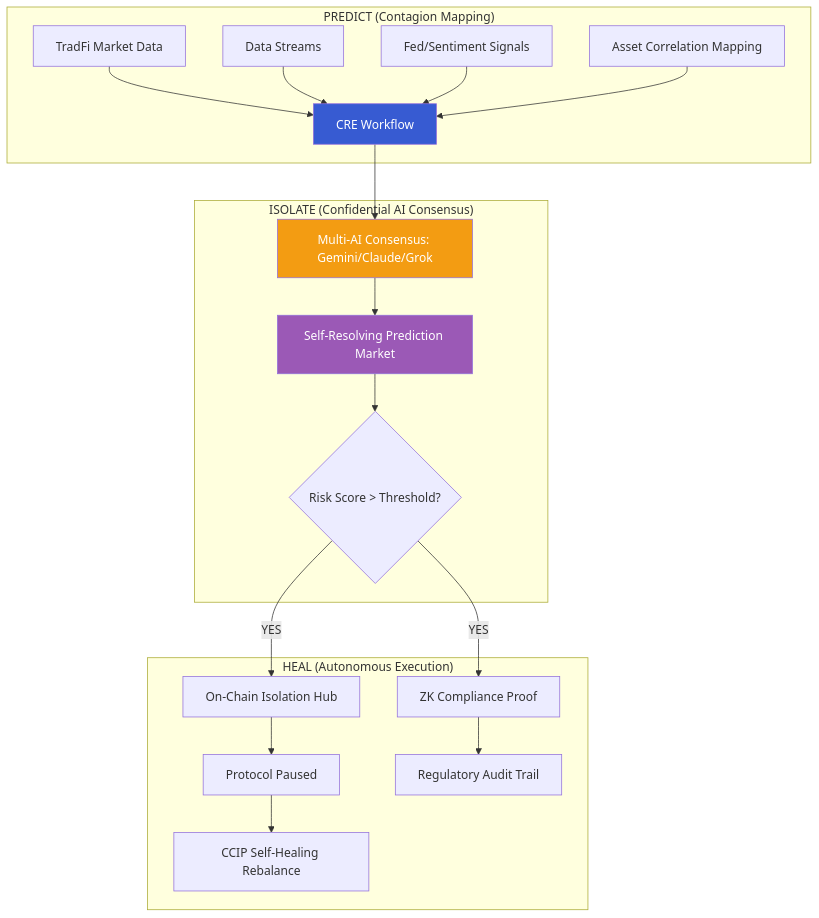
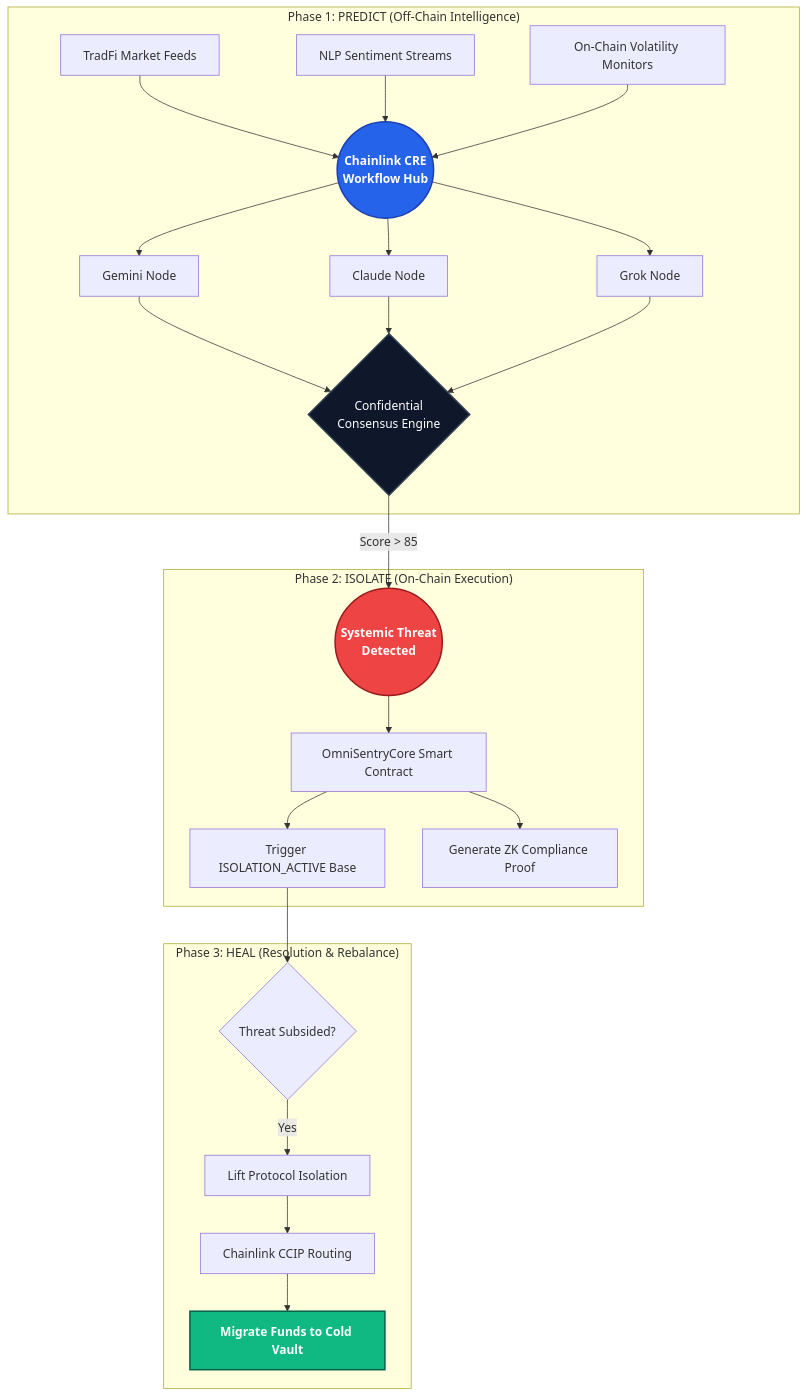
Before and after one commit to Aaditya1273/SYNAPSE: the first of 2 diagrams in README.md, drawn with Mermaid. The commit also changed other lines of this file and 1 other file, not shown here.

````diff
--- a/README.md
+++ b/README.md
@@ -13,27 +35,36 @@
 ```mermaid
 graph TD
-    subgraph "PREDICT (Contagion Mapping)"
-        API1[TradFi Market Data] --> CRE[CRE Workflow]
-        STREAM[Data Streams] --> CRE
-        NEWS[Fed/Sentiment Signals] --> CRE
-        MAP[Asset Correlation Mapping] --> CRE
+    classDef primary fill:#2563EB,stroke:#1E40AF,stroke-width:2px,color:#fff,font-weight:bold;
+    classDef secondary fill:#0F172A,stroke:#334155,stroke-width:2px,color:#fff;
+    classDef warning fill:#EF4444,stroke:#991B1B,stroke-width:2px,color:#fff,font-weight:bold;
+    classDef success fill:#10B981,stroke:#065F46,stroke-width:2px,color:#fff,font-weight:bold;
+
+    subgraph "Phase 1: PREDICT (Off-Chain Intelligence)"
+        A1[TradFi Market Feeds] --> CRE
+        A2[NLP Sentiment Streams] --> CRE
+        A3[On-Chain Volatility Monitors] --> CRE
+        
+        CRE((Chainlink CRE<br/>Workflow Hub)):::primary
+        
+        CRE --> AI1[Gemini Node]
+        CRE --> AI2[Claude Node]
+        CRE --> AI3[Grok Node]
+        
+        AI1 & AI2 & AI3 --> CONSENSUS{Confidential<br/>Consensus Engine}:::secondary
     end
 
-    subgraph "ISOLATE (Confidential AI Consensus)"
-        CRE --> AI[Multi-AI Consensus: Gemini/Claude/Grok]
-        AI --> VALIDATE[Self-Resolving Prediction Market]
-        VALIDATE --> SCORE{Risk Score > Threshold?}
+    subgraph "Phase 2: ISOLATE (On-Chain Execution)"
+        CONSENSUS -- Score > 85 --> ALERT((Systemic Threat<br/>Detected)):::warning
+        ALERT --> CC[OmniSentryCore Smart Contract]
+        CC --> PAUSE[Trigger ISOLATION_ACTIVE Base]
+        CC --> ZKP[Generate ZK Compliance Proof]
     end
 
-    subgraph "HEAL (Autonomous Execution)"
-        SCORE -- YES --> CB[On-Chain Isolation Hub]
-        SCORE -- YES --> ZK[ZK Compliance Proof]
-        CB --> SECURE[Protocol Paused]
-        ZK --> REGISTRY[Regulatory Audit Trail]
-        SECURE --> HEAL[CCIP Self-Healing Rebalance]
+    subgraph "Phase 3: HEAL (Resolution & Rebalance)"
+        PAUSE --> RECOVERY{Threat Subsided?}
+        RECOVERY -- Yes --> UNPAUSE[Lift Protocol Isolation]
+        UNPAUSE --> CCIP[Chainlink CCIP Routing]
+        CCIP --> SAFE[Migrate Funds to Cold Vault]:::success
     end
 
-    style CRE fill:#375bd2,color:#fff
-    style AI fill:#f39c12,color:#fff
-    style VALIDATE fill:#9b59b6,color:#fff
 ```
````
